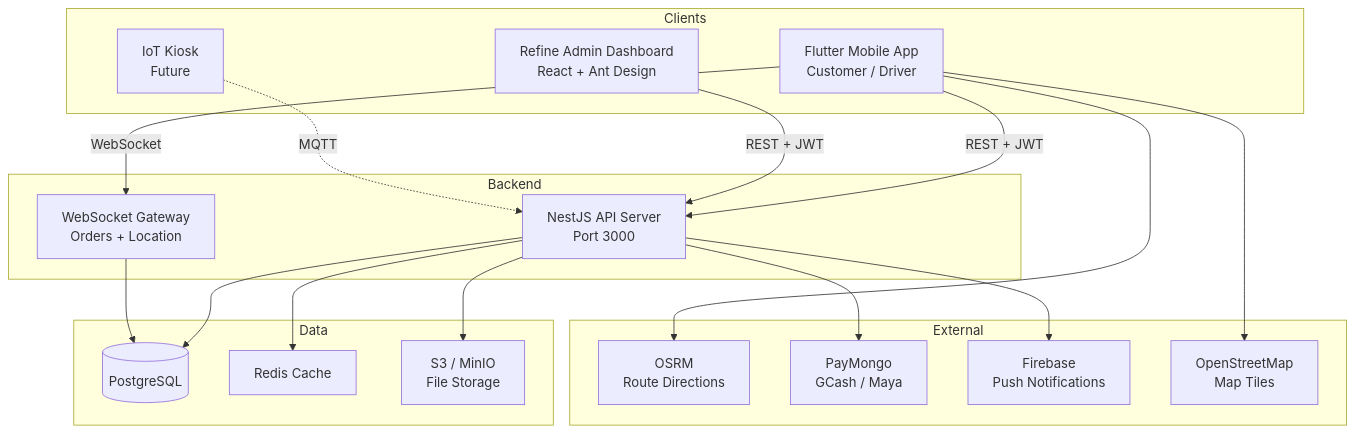
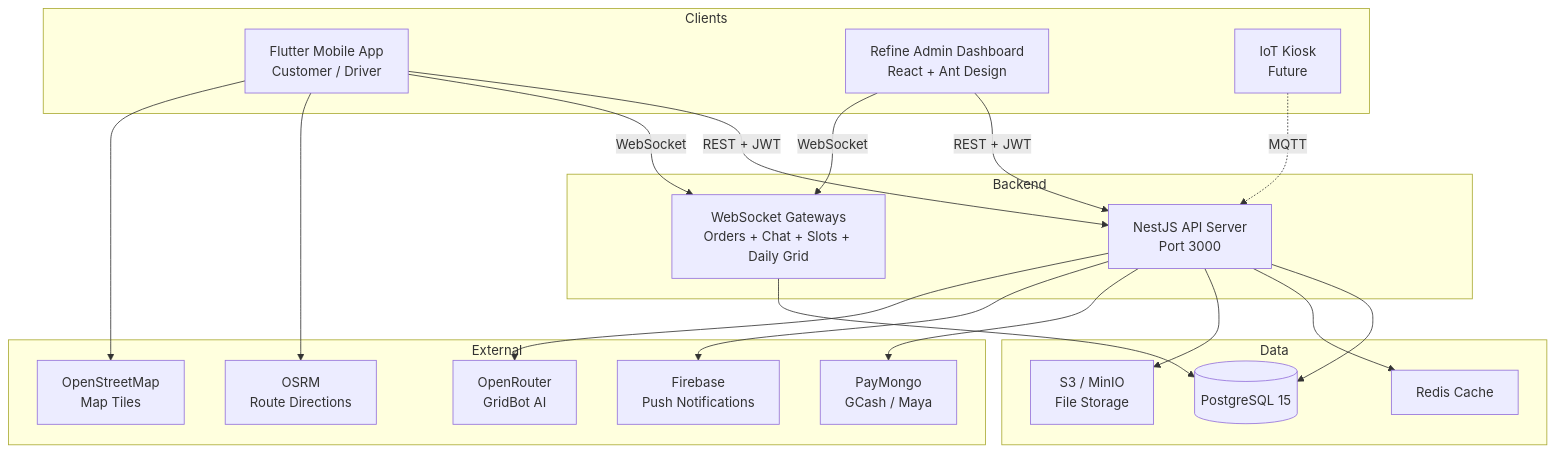
Before and after one commit to rqms40/printing_app: the first of 3 diagrams in README.md, drawn with Mermaid. The commit also changed other lines of this file and 1 other file, not shown here.

````diff
--- a/README.md
+++ b/README.md
@@ -15,39 +15,42 @@
 ```mermaid
 graph TB
     subgraph Clients
         A[Flutter Mobile App<br/>Customer / Driver]
         AA[Refine Admin Dashboard<br/>React + Ant Design]
         B[IoT Kiosk<br/>Future]
     end
 
     subgraph Backend
         C[NestJS API Server<br/>Port 3000]
-        D[WebSocket Gateway<br/>Orders + Location]
+        D[WebSocket Gateways<br/>Orders + Chat + Slots + Daily Grid]
     end
 
     subgraph Data
-        E[(PostgreSQL)]
+        E[(PostgreSQL 15)]
         F[Redis Cache]
         G[S3 / MinIO<br/>File Storage]
     end
 
     subgraph External
         H[OSRM<br/>Route Directions]
         I[PayMongo<br/>GCash / Maya]
         J[Firebase<br/>Push Notifications]
         K[OpenStreetMap<br/>Map Tiles]
+        L[OpenRouter<br/>GridBot AI]
     end
 
     A -->|REST + JWT| C
     A -->|WebSocket| D
     AA -->|REST + JWT| C
+    AA -->|WebSocket| D
     B -.->|MQTT| C
     C --> E
     C --> F
     C --> G
     D --> E
     A --> H
     A --> K
     C --> I
     C --> J
+    C --> L
 ```
````
